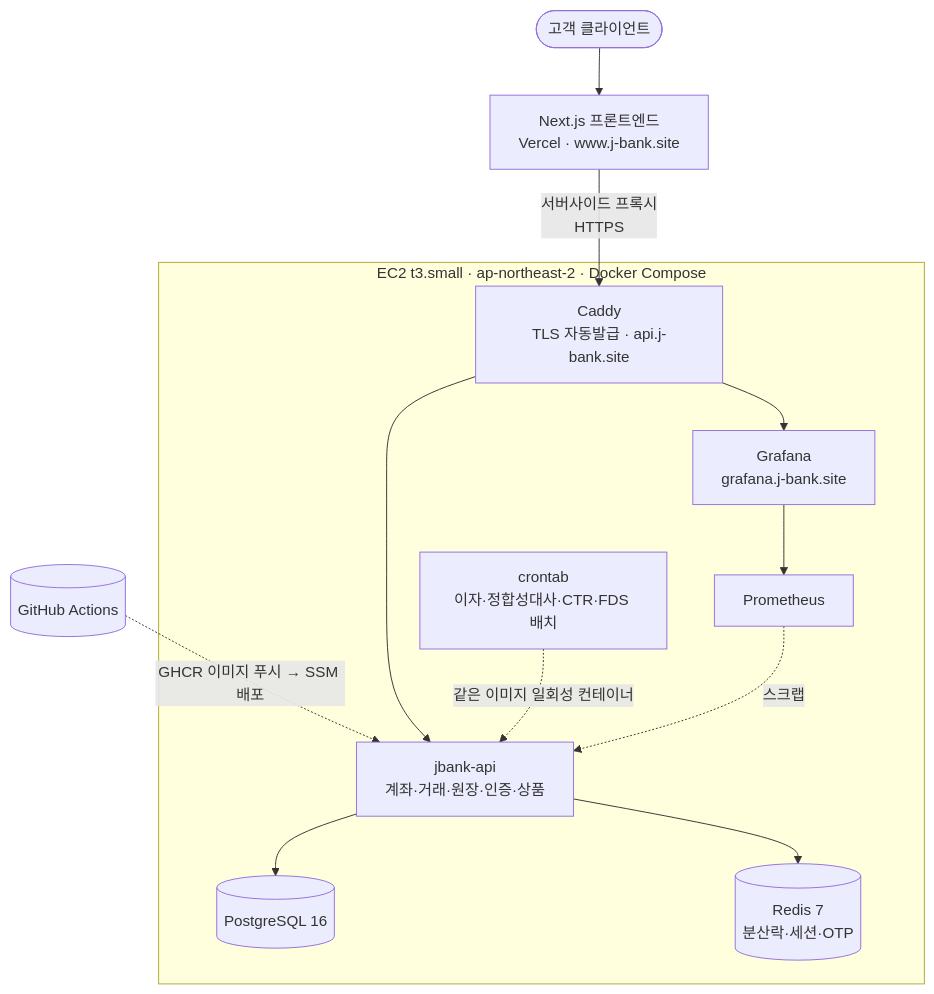
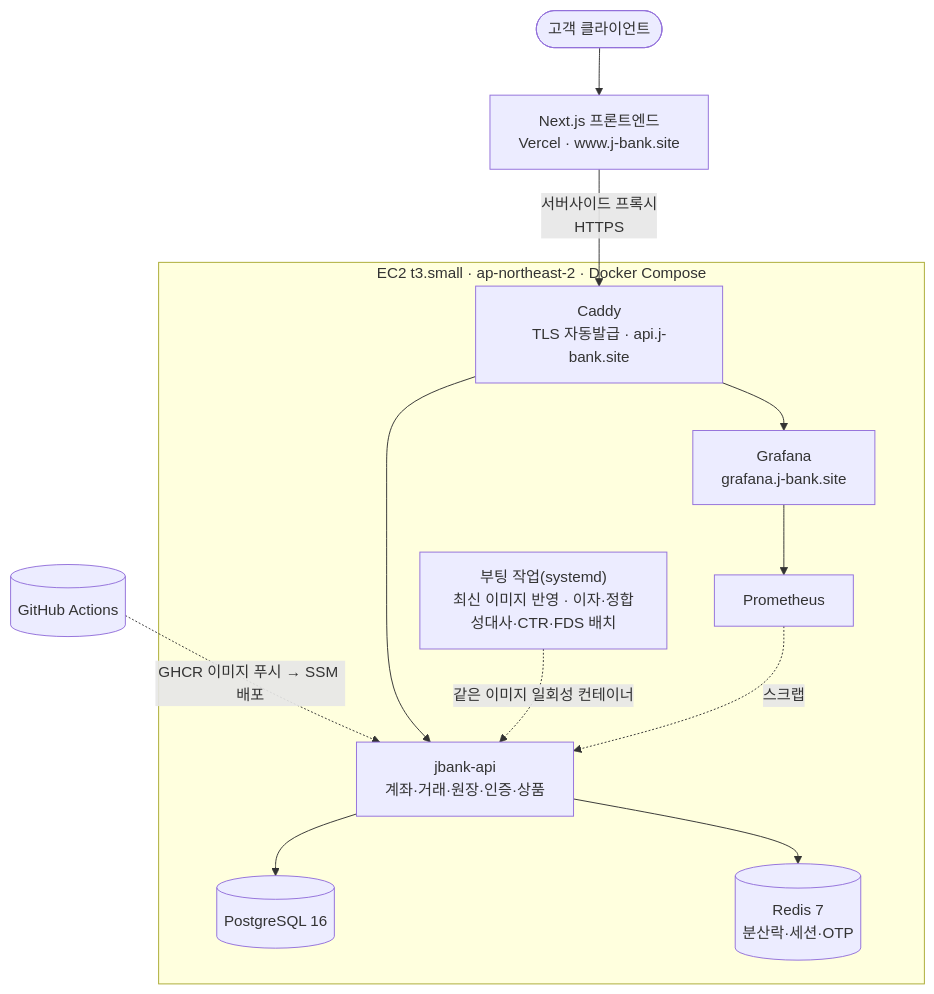
One commit to JaeHyun10-03/J-Bank changed the first of 4 diagrams in README.md. Above: the diagram before and after it, drawn with Mermaid. The commit also changed other lines of this file and 2 other files, not shown here.

Commit message:
docs: 운영 EC2 평일 09~18시 운영과 꺼진 시간 처리 기록
ADR 0011(결정·비용·배포·배치·화면·잠금·한계·적용 순서), 인프라아키텍처 문서의 배치·배포 역할 설명, README 운영 시간 안내와 아키텍처 그림을 갱신한다.

````diff
--- a/README.md
+++ b/README.md
@@ -44,16 +44,16 @@
 ```mermaid
 flowchart TB
     User([고객 클라이언트]) --> Web["Next.js 프론트엔드<br/>Vercel · www.j-bank.site"]
     Web -->|서버사이드 프록시<br/>HTTPS| Caddy
     GH[("GitHub Actions")] -.GHCR 이미지 푸시 → SSM 배포.-> API
 
     subgraph EC2["EC2 t3.small · ap-northeast-2 · Docker Compose"]
         Caddy["Caddy<br/>TLS 자동발급 · api.j-bank.site"] --> API["jbank-api<br/>계좌·거래·원장·인증·상품"]
-        Cron["crontab<br/>이자·정합성대사·CTR·FDS 배치"] -.같은 이미지 일회성 컨테이너.-> API
+        Boot["부팅 작업(systemd)<br/>최신 이미지 반영 · 이자·정합성대사·CTR·FDS 배치"] -.같은 이미지 일회성 컨테이너.-> API
         API --> PG[("PostgreSQL 16")]
         API --> Redis[("Redis 7<br/>분산락·세션·OTP")]
         Prom["Prometheus"] -.스크랩.-> API
         Grafana["Grafana<br/>grafana.j-bank.site"] --> Prom
         Caddy --> Grafana
     end
 ```
````
